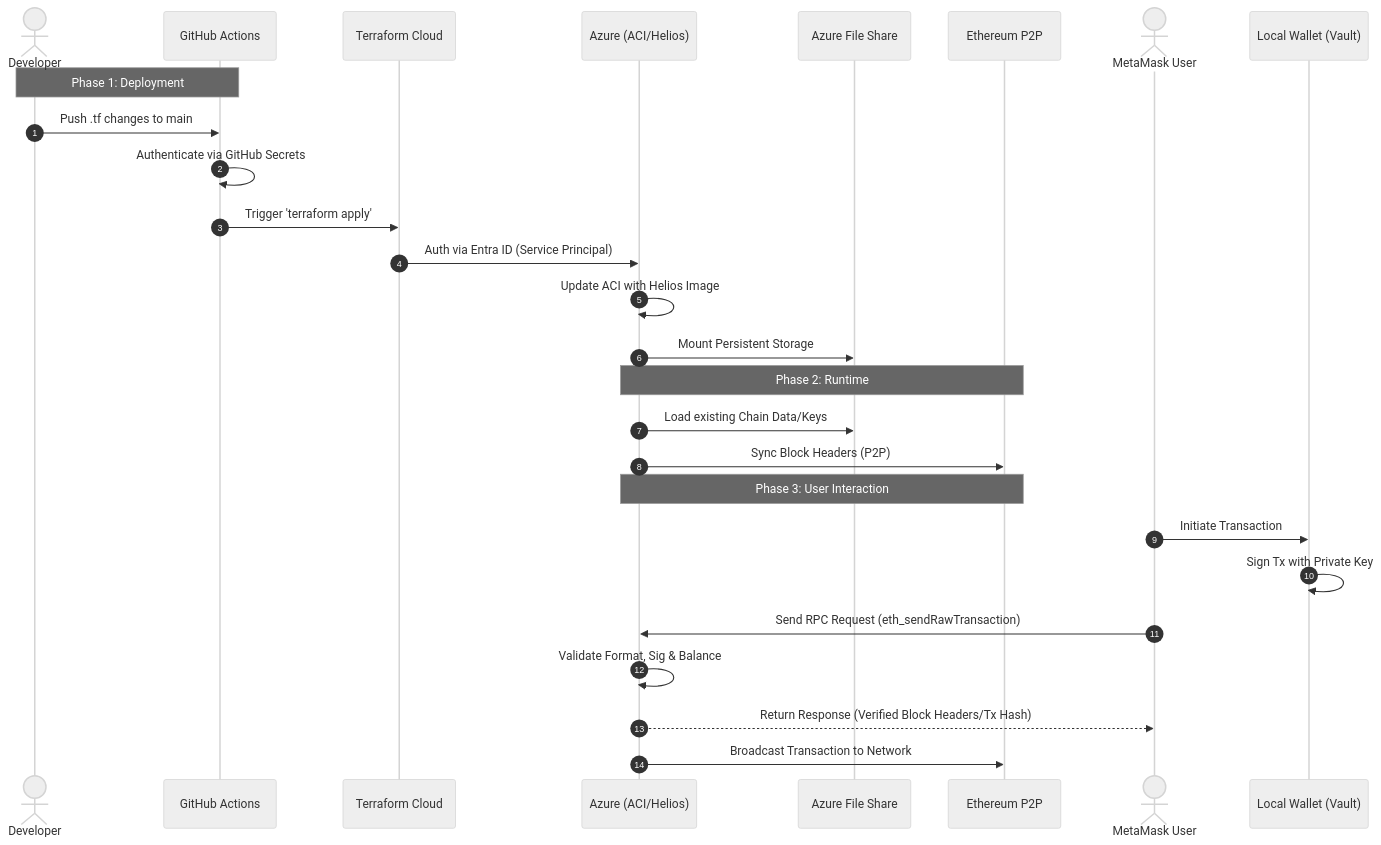
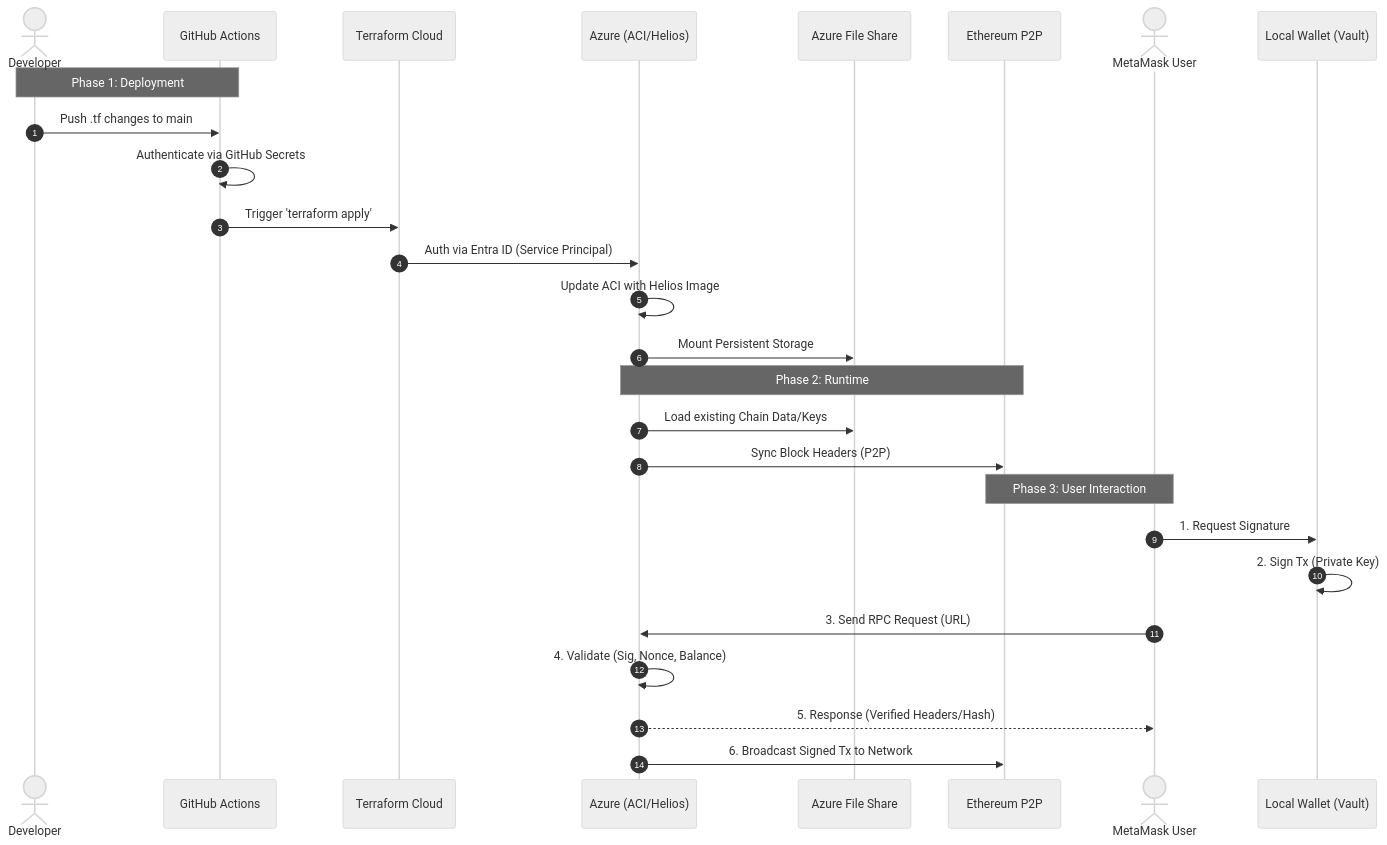
Before and after one commit to vfr750y/Cost-Optimized-Ethereum-Node-On-Azure: the fourth of 4 diagrams in HighLevelDesign.md, drawn with Mermaid (neutral theme).

Commit message:
edit hld - sequence diagram

````diff
--- a/HighLevelDesign.md
+++ b/HighLevelDesign.md
@@ -127,33 +127,33 @@
 ```mermaid
 sequenceDiagram
     autonumber
     actor Dev as Developer
     participant GH as GitHub Actions
     participant TF as Terraform Cloud
     participant Azure as Azure (ACI/Helios)
     participant FS as Azure File Share
     participant BC as Ethereum P2P
 
     Note over Dev, GH: Phase 1: Deployment
     Dev->>GH: Push .tf changes to main
     GH->>GH: Authenticate via GitHub Secrets
     GH->>TF: Trigger 'terraform apply'
     TF->>Azure: Auth via Entra ID (Service Principal)
     Azure->>Azure: Update ACI with Helios Image
     Azure->>FS: Mount Persistent Storage
 
     Note over Azure, BC: Phase 2: Runtime
     Azure->>FS: Load existing Chain Data/Keys
     Azure->>BC: Sync Block Headers (P2P)
     
-    Note over Azure, BC: Phase 3: User Interaction
+    Note over User, BC: Phase 3: User Interaction
     actor User as MetaMask User
     participant Wallet as Local Wallet (Vault)
     
-    User->>Wallet: Initiate Transaction
-    Wallet->>Wallet: Sign Tx with Private Key
-    User->>Azure: Send RPC Request (eth_sendRawTransaction)
-    Azure->>Azure: Validate Format, Sig & Balance
-    Azure-->>User: Return Response (Verified Block Headers/Tx Hash)
-    Azure->>BC: Broadcast Transaction to Network
+    User->>Wallet: 1. Request Signature
+    Wallet->>Wallet: 2. Sign Tx (Private Key)
+    User->>Azure: 3. Send RPC Request (URL)
+    Azure->>Azure: 4. Validate (Sig, Nonce, Balance)
+    Azure-->>User: 5. Response (Verified Headers/Hash)
+    Azure->>BC: 6. Broadcast Signed Tx to Network
 ```
````
